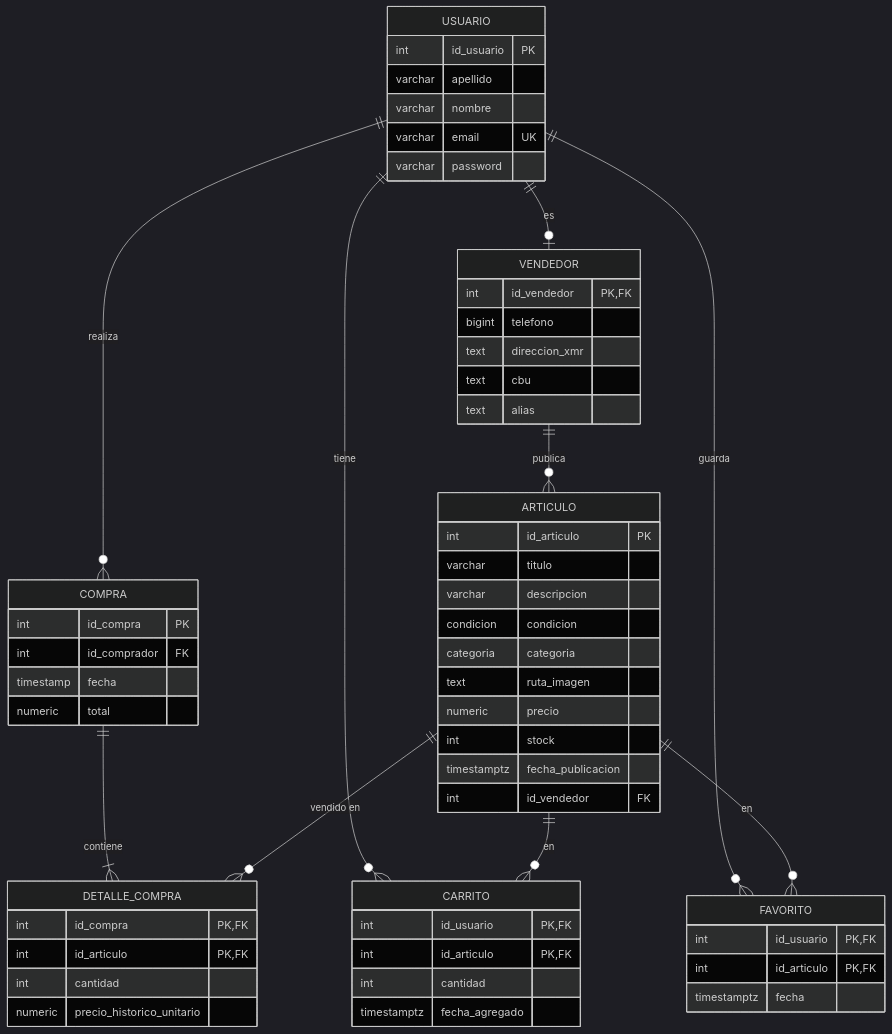
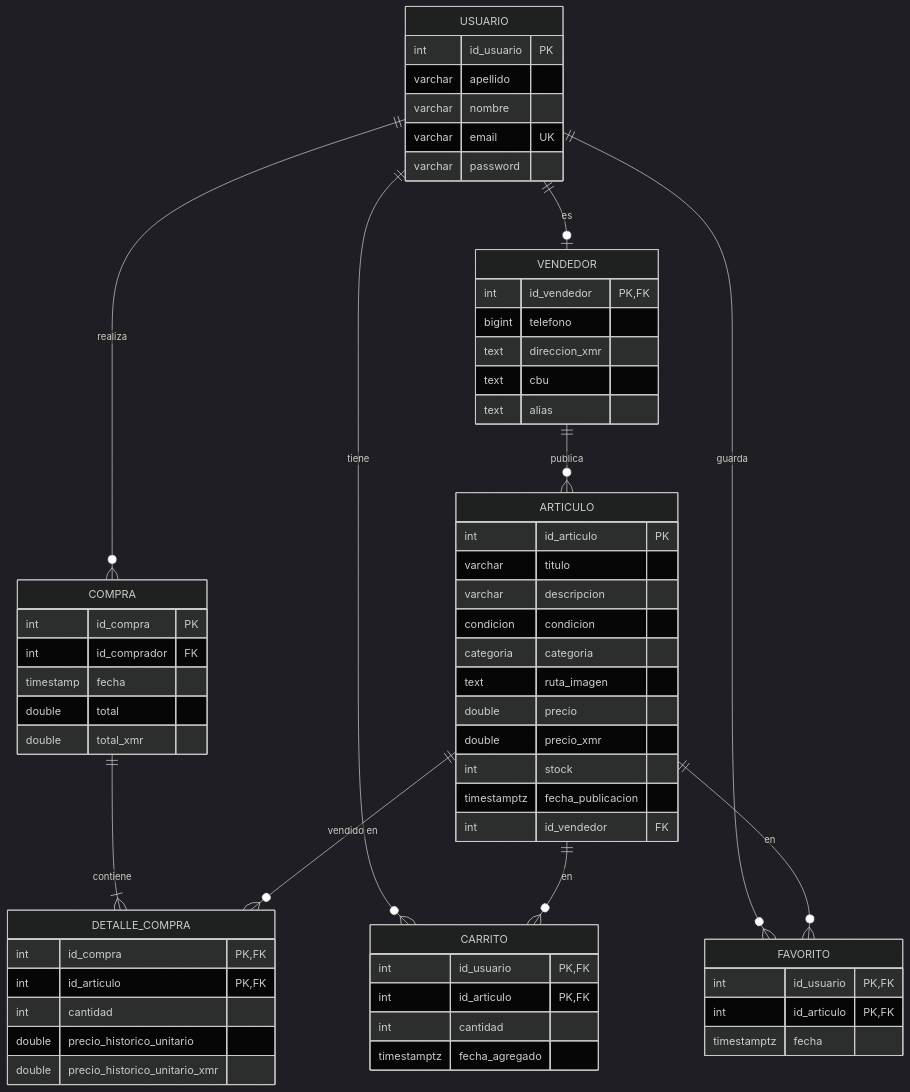
The fourth of 4 diagrams in docs/arquitectura.md (az-juan/tan-bit), drawn with Mermaid (dark theme) before and after one commit. The commit also changed other lines of this file and 23 other files, not shown here.

````diff
--- a/docs/arquitectura.md
+++ b/docs/arquitectura.md
@@ -291,62 +291,65 @@
 ```mermaid
 erDiagram
   USUARIO {
     int id_usuario PK
     varchar apellido
     varchar nombre
     varchar email UK
     varchar password
   }
   VENDEDOR {
     int id_vendedor PK,FK
     bigint telefono
     text direccion_xmr
     text cbu
     text alias
   }
   ARTICULO {
     int id_articulo PK
     varchar titulo
     varchar descripcion
     condicion condicion
     categoria categoria
     text ruta_imagen
-    numeric precio
+    double precio
+    double precio_xmr
     int stock
     timestamptz fecha_publicacion
     int id_vendedor FK
   }
   COMPRA {
     int id_compra PK
     int id_comprador FK
     timestamp fecha
-    numeric total
+    double total
+    double total_xmr
   }
   DETALLE_COMPRA {
     int id_compra PK,FK
     int id_articulo PK,FK
     int cantidad
-    numeric precio_historico_unitario
+    double precio_historico_unitario
+    double precio_historico_unitario_xmr
   }
   CARRITO {
     int id_usuario PK,FK
     int id_articulo PK,FK
     int cantidad
     timestamptz fecha_agregado
   }
   FAVORITO {
     int id_usuario PK,FK
     int id_articulo PK,FK
     timestamptz fecha
   }
 
   USUARIO ||--o| VENDEDOR : "es"
   VENDEDOR ||--o{ ARTICULO : "publica"
   USUARIO ||--o{ COMPRA : "realiza"
   COMPRA ||--|{ DETALLE_COMPRA : "contiene"
   ARTICULO ||--o{ DETALLE_COMPRA : "vendido en"
   USUARIO ||--o{ CARRITO : "tiene"
   ARTICULO ||--o{ CARRITO : "en"
   USUARIO ||--o{ FAVORITO : "guarda"
   ARTICULO ||--o{ FAVORITO : "en"
 ```
````
